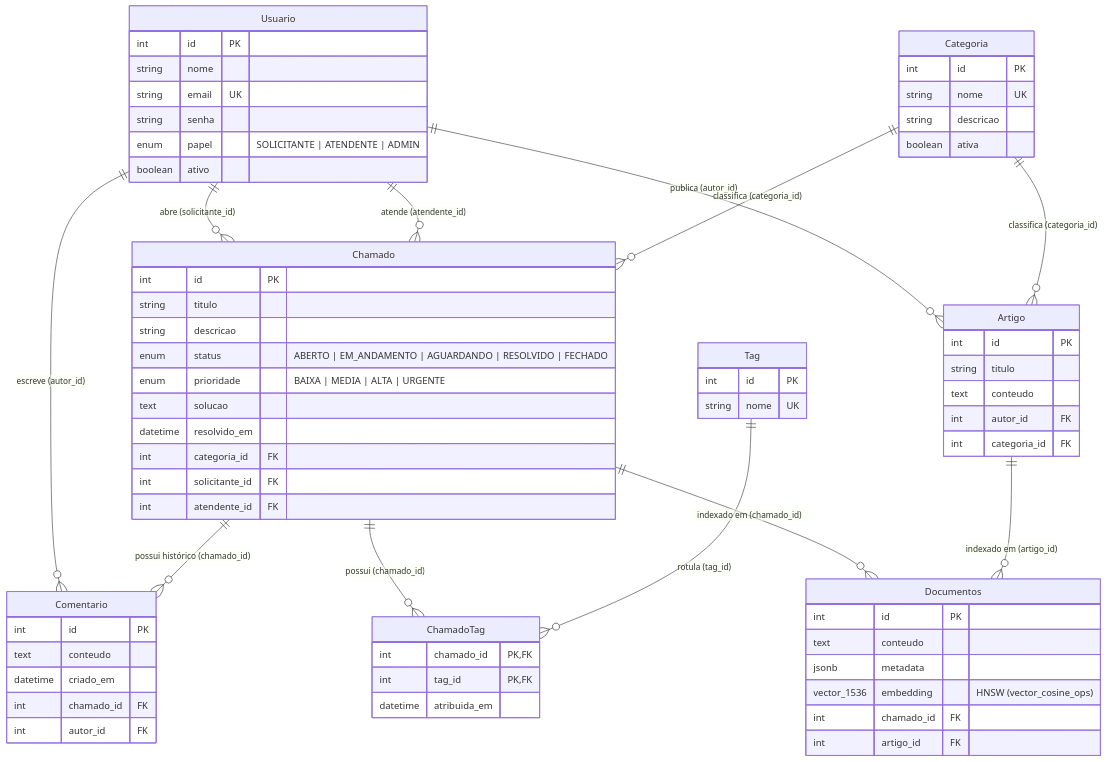
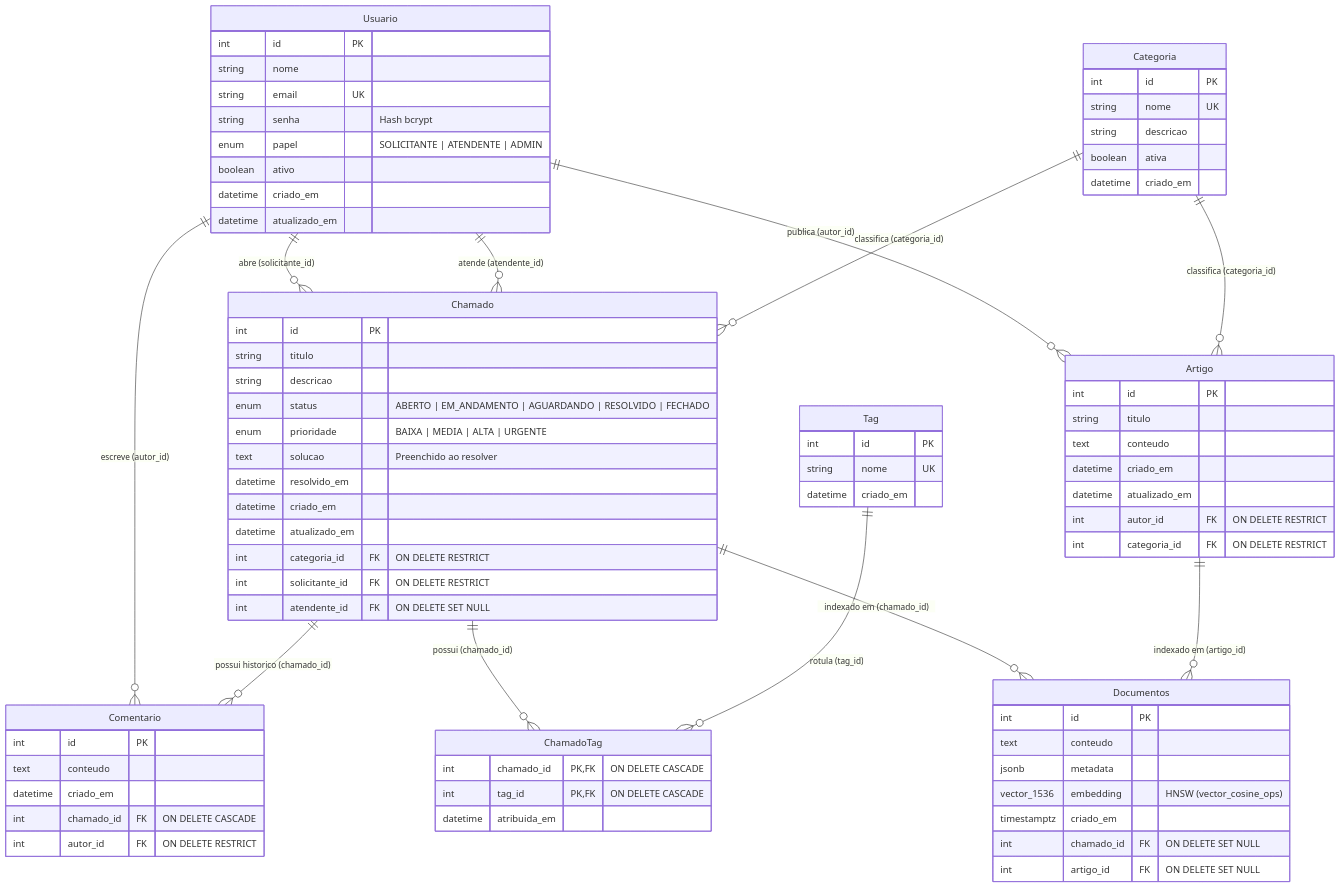
Before and after one commit to Nizo0UZ/HelpDeskWillen-api: the diagram in README.md, drawn with Mermaid. The commit also changed other lines of this file and 8 other files, not shown here.

````diff
--- a/README.md
+++ b/README.md
@@ -32,72 +87,81 @@
 ```mermaid
 erDiagram
     Usuario ||--o{ Chamado : "abre (solicitante_id)"
     Usuario ||--o{ Chamado : "atende (atendente_id)"
     Usuario ||--o{ Comentario : "escreve (autor_id)"
     Usuario ||--o{ Artigo : "publica (autor_id)"
     Categoria ||--o{ Chamado : "classifica (categoria_id)"
     Categoria ||--o{ Artigo : "classifica (categoria_id)"
-    Chamado ||--o{ Comentario : "possui histórico (chamado_id)"
+    Chamado ||--o{ Comentario : "possui historico (chamado_id)"
     Chamado ||--o{ ChamadoTag : "possui (chamado_id)"
     Tag ||--o{ ChamadoTag : "rotula (tag_id)"
     Chamado ||--o{ Documentos : "indexado em (chamado_id)"
     Artigo ||--o{ Documentos : "indexado em (artigo_id)"
 
     Usuario {
         int id PK
         string nome
         string email UK
-        string senha
+        string senha "Hash bcrypt"
         enum papel "SOLICITANTE | ATENDENTE | ADMIN"
         boolean ativo
+        datetime criado_em
+        datetime atualizado_em
     }
     Categoria {
         int id PK
         string nome UK
         string descricao
         boolean ativa
+        datetime criado_em
     }
     Chamado {
         int id PK
         string titulo
         string descricao
         enum status "ABERTO | EM_ANDAMENTO | AGUARDANDO | RESOLVIDO | FECHADO"
         enum prioridade "BAIXA | MEDIA | ALTA | URGENTE"
-        text solucao
+        text solucao "Preenchido ao resolver"
         datetime resolvido_em
-        int categoria_id FK
-        int solicitante_id FK
-        int atendente_id FK
+        datetime criado_em
+        datetime atualizado_em
+        int categoria_id FK "ON DELETE RESTRICT"
+        int solicitante_id FK "ON DELETE RESTRICT"
+        int atendente_id FK "ON DELETE SET NULL"
     }
     Comentario {
         int id PK
         text conteudo
         datetime criado_em
-        int chamado_id FK
-        int autor_id FK
+        int chamado_id FK "ON DELETE CASCADE"
+        int autor_id FK "ON DELETE RESTRICT"
     }
     Tag {
         int id PK
         string nome UK
+        datetime criado_em
     }
     ChamadoTag {
-        int chamado_id PK, FK
-        int tag_id PK, FK
+        int chamado_id PK, FK "ON DELETE CASCADE"
+        int tag_id PK, FK "ON DELETE CASCADE"
         datetime atribuida_em
     }
     Artigo {
         int id PK
         string titulo
         text conteudo
-        int autor_id FK
-        int categoria_id FK
+        datetime criado_em
+        datetime atualizado_em
+        int autor_id FK "ON DELETE RESTRICT"
+        int categoria_id FK "ON DELETE RESTRICT"
     }
     Documentos {
         int id PK
         text conteudo
         jsonb metadata
         vector_1536 embedding "HNSW (vector_cosine_ops)"
-        int chamado_id FK
-        int artigo_id FK
+        timestamptz criado_em
+        int chamado_id FK "ON DELETE SET NULL"
+        int artigo_id FK "ON DELETE SET NULL"
     }
 ```
````
